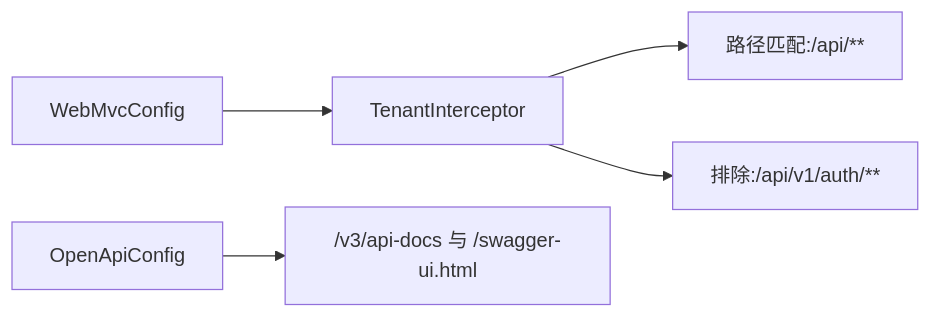
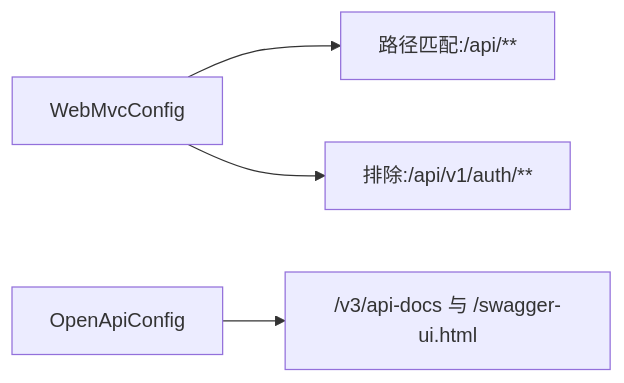
Before and after one commit to fq0121104930716/iam-platform: the seventh of 10 diagrams in .qoder/repowiki/zh/content/项目概述/项目结构/管理服务器 (iam-admin-server)/管理服务器架构.md, drawn with Mermaid. The commit also changed other lines of this file and 13 other files, not shown here.

````diff
--- a/.qoder/repowiki/zh/content/项目概述/项目结构/管理服务器 (iam-admin-server)/管理服务器架构.md
+++ b/.qoder/repowiki/zh/content/项目概述/项目结构/管理服务器 (iam-admin-server)/管理服务器架构.md
@@ -265,7 +298,6 @@
 ```mermaid
 graph LR
-WMC["WebMvcConfig"] --> TI["TenantInterceptor"]
-TI --> PM["路径匹配:/api/**"]
-TI --> EX["排除:/api/v1/auth/**"]
+WMC["WebMvcConfig"] --> PM["路径匹配:/api/**"]
+WMC --> EX["排除:/api/v1/auth/**"]
 OAS["OpenApiConfig"] --> DOC["/v3/api-docs 与 /swagger-ui.html"]
 ```
````
